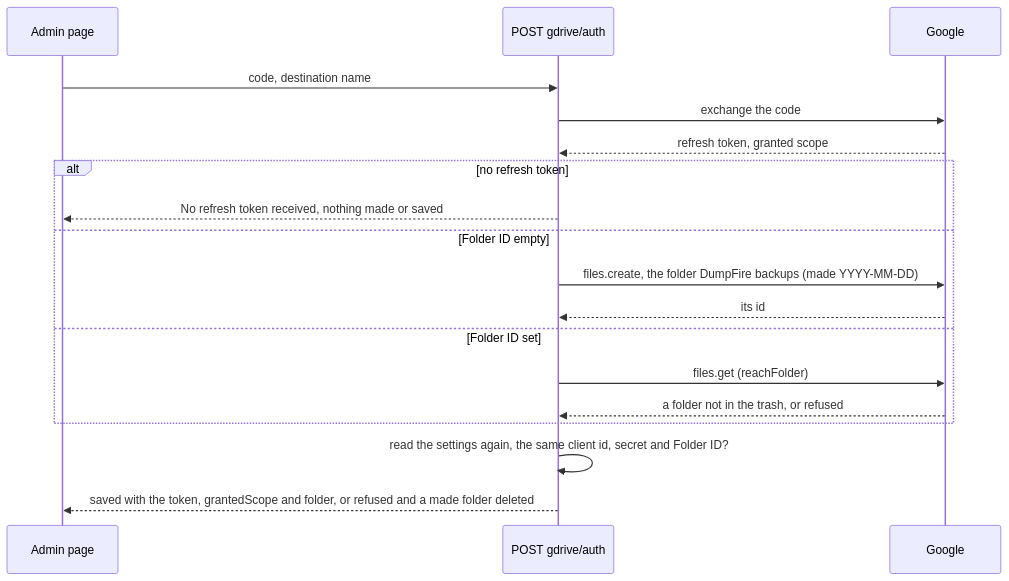
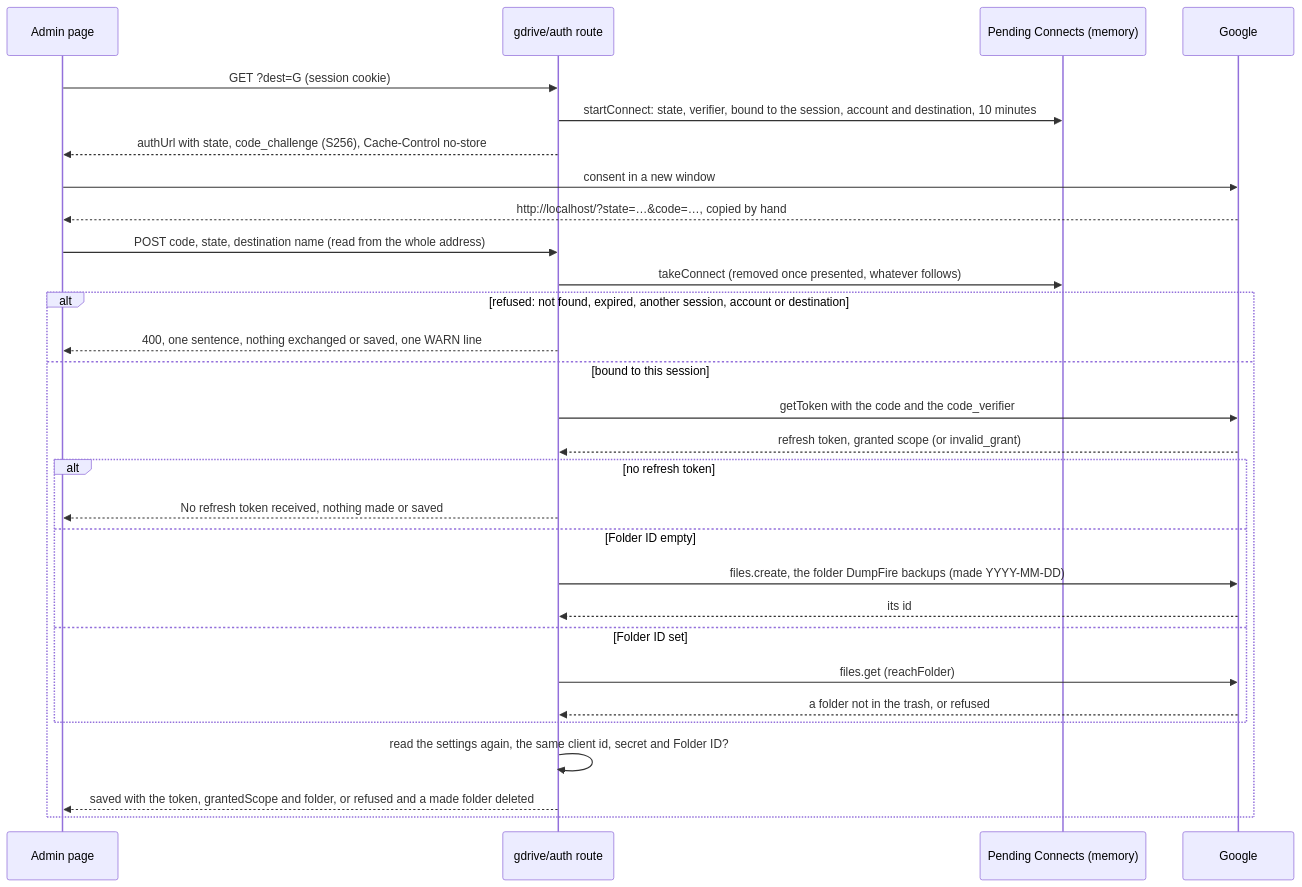
One commit to gitBoon/DumpFire changed the fifth of 10 diagrams in docs/backup-reporting.md. Above: the diagram before and after it, drawn with Mermaid. The commit also changed other lines of this file and 14 other files, not shown here.

````diff
--- a/docs/backup-reporting.md
+++ b/docs/backup-reporting.md
@@ -301,20 +301,31 @@
 ```mermaid
 sequenceDiagram
     participant P as Admin page
-    participant R as POST gdrive/auth
+    participant R as gdrive/auth route
+    participant M as Pending Connects (memory)
     participant G as Google
-    P->>R: code, destination name
-    R->>G: exchange the code
-    G-->>R: refresh token, granted scope
-    alt no refresh token
-        R-->>P: No refresh token received, nothing made or saved
-    else Folder ID empty
-        R->>G: files.create, the folder DumpFire backups (made YYYY-MM-DD)
-        G-->>R: its id
-    else Folder ID set
-        R->>G: files.get (reachFolder)
-        G-->>R: a folder not in the trash, or refused
+    P->>R: GET ?dest=G (session cookie)
+    R->>M: startConnect: state, verifier, bound to the session, account and destination, 10 minutes
+    R-->>P: authUrl with state, code_challenge (S256), Cache-Control no-store
+    P->>G: consent in a new window
+    G-->>P: http://localhost/?state=…&code=…, copied by hand
+    P->>R: POST code, state, destination name (read from the whole address)
+    R->>M: takeConnect (removed once presented, whatever follows)
+    alt refused: not found, expired, another session, account or destination
+        R-->>P: 400, one sentence, nothing exchanged or saved, one WARN line
+    else bound to this session
+        R->>G: getToken with the code and the code_verifier
+        G-->>R: refresh token, granted scope (or invalid_grant)
+        alt no refresh token
+            R-->>P: No refresh token received, nothing made or saved
+        else Folder ID empty
+            R->>G: files.create, the folder DumpFire backups (made YYYY-MM-DD)
+            G-->>R: its id
+        else Folder ID set
+            R->>G: files.get (reachFolder)
+            G-->>R: a folder not in the trash, or refused
+        end
+        R->>R: read the settings again, the same client id, secret and Folder ID?
+        R-->>P: saved with the token, grantedScope and folder, or refused and a made folder deleted
     end
-    R->>R: read the settings again, the same client id, secret and Folder ID?
-    R-->>P: saved with the token, grantedScope and folder, or refused and a made folder deleted
 ```
````
